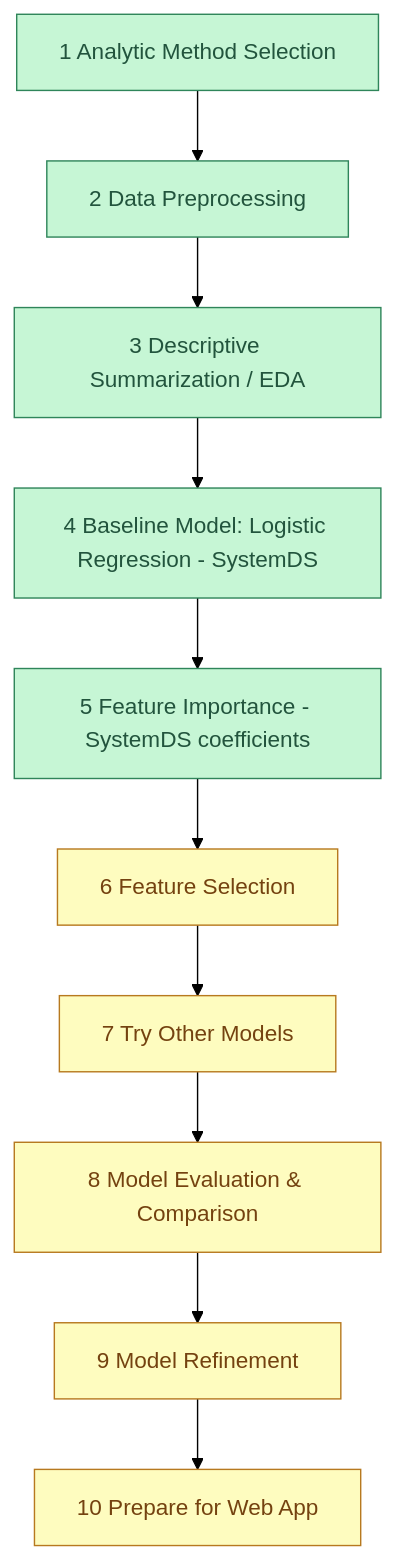
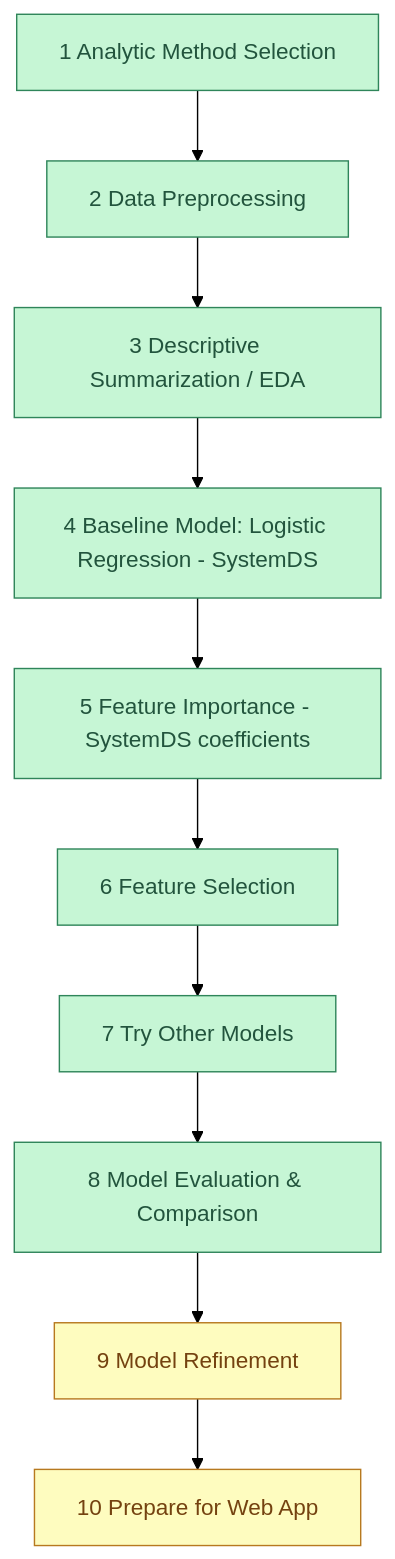
One commit to j143/heart-attack-analysis changed the diagram in solution.md. Above: the diagram before and after it, drawn with Mermaid (forest theme). The commit also changed other lines of this file, not shown here.

Commit message:
add notes on model evaluation

````diff
--- a/solution.md
+++ b/solution.md
@@ -18,21 +18,21 @@
 ```mermaid
 graph TD
     A[1 Analytic Method Selection]:::done
     B[2 Data Preprocessing]:::done
     C[3 Descriptive Summarization / EDA]:::done
     D[4 Baseline Model: Logistic Regression - SystemDS]:::done
     E[5 Feature Importance - SystemDS coefficients]:::done
     F[6 Feature Selection]:::done
-    G[7 Try Other Models]:::todo
-    H[8 Model Evaluation & Comparison]:::todo
+    G[7 Try Other Models]:::done
+    H[8 Model Evaluation & Comparison]:::done
     I[9 Model Refinement]:::todo
     J[10 Prepare for Web App]:::todo
 
     A --> B --> C --> D --> E --> F --> G --> H --> I --> J
 
     classDef done fill:#c6f6d5,stroke:#2f855a,color:#22543d
     classDef todo fill:#fefcbf,stroke:#b7791f,color:#744210
 
-    class A,B,C,D,E done
-    class F,G,H,I,J todo
+    class A,B,C,D,E,F,G,H done
+    class I,J todo
 ```
````
